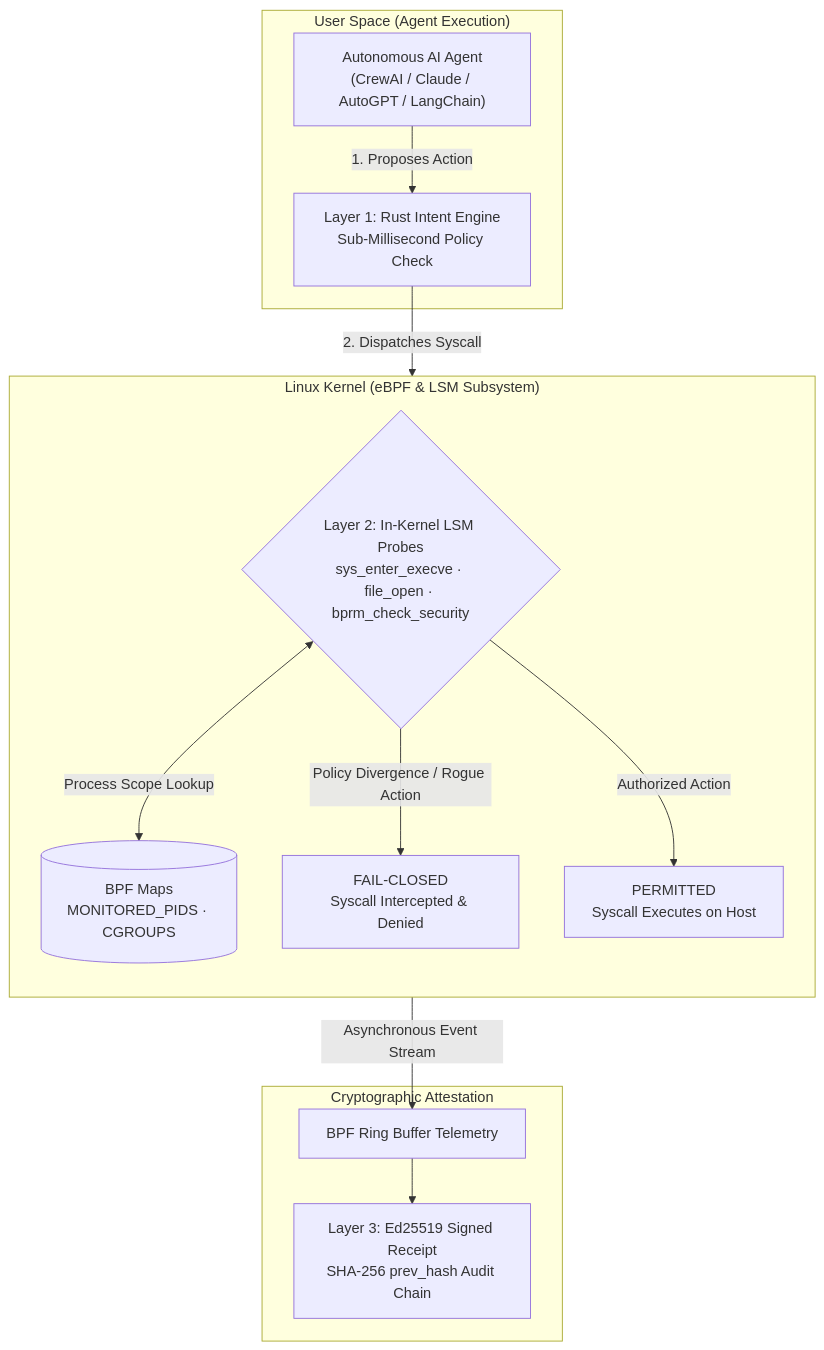
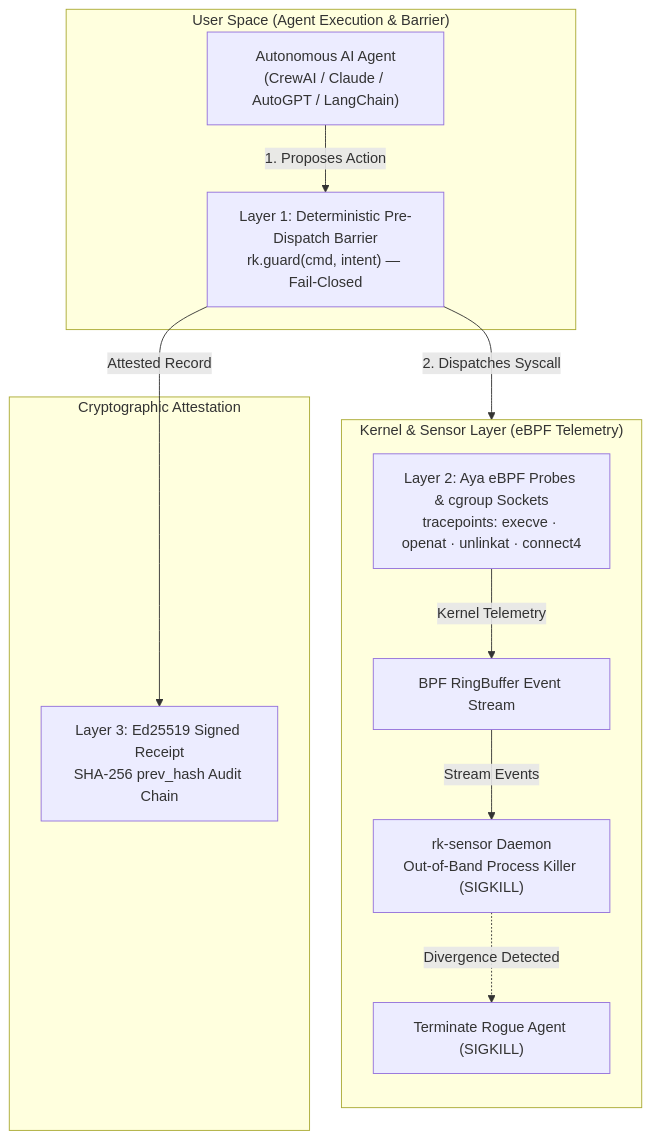
Before and after one commit to Keter-Lab/reality-kernel: the diagram in README.md, drawn with Mermaid. The commit also changed other lines of this file and 11 other files, not shown here.

First line of the commit message:
fix(security): remediate fast-path bypasses, auth override, and fail-closed barriers

````diff
--- a/README.md
+++ b/README.md
@@ -64,31 +67,25 @@
 ```mermaid
 flowchart TD
-    subgraph Userspace ["User Space (Agent Execution)"]
+    subgraph Userspace ["User Space (Agent Execution & Barrier)"]
         Agent["Autonomous AI Agent<br/>(CrewAI / Claude / AutoGPT / LangChain)"]
-        IntentEngine["Layer 1: Rust Intent Engine<br/>Sub-Millisecond Policy Check"]
-        Agent -->|"1. Proposes Action"| IntentEngine
+        PreBarrier["Layer 1: Deterministic Pre-Dispatch Barrier<br/>rk.guard(cmd, intent) — Fail-Closed"]
+        Agent -->|"1. Proposes Action"| PreBarrier
     end
 
-    subgraph KernelSpace ["Linux Kernel (eBPF & LSM Subsystem)"]
+    subgraph KernelTelemetry ["Kernel & Sensor Layer (eBPF Telemetry)"]
         direction TB
-        LSMHook{"Layer 2: In-Kernel LSM Probes<br/>sys_enter_execve · file_open · bprm_check_security"}
-        BPFMaps[("BPF Maps<br/>MONITORED_PIDS · CGROUPS")]
+        BPFProbes["Layer 2: Aya eBPF Probes & cgroup Sockets<br/>tracepoints: execve · openat · unlinkat · connect4"]
+        RingBuf["BPF RingBuffer Event Stream"]
+        Sensor["rk-sensor Daemon<br/>Out-of-Band Process Killer (SIGKILL)"]
         
-        IntentEngine -->|"2. Dispatches Syscall"| LSMHook
-        LSMHook <-->|"Process Scope Lookup"| BPFMaps
-        
-        BlockAction["FAIL-CLOSED<br/>Syscall Intercepted & Denied"]
-        AllowAction["PERMITTED<br/>Syscall Executes on Host"]
-        
-        LSMHook -->|"Policy Divergence / Rogue Action"| BlockAction
-        LSMHook -->|"Authorized Action"| AllowAction
+        PreBarrier -->|"2. Dispatches Syscall"| BPFProbes
+        BPFProbes -->|"Kernel Telemetry"| RingBuf
+        RingBuf -->|"Stream Events"| Sensor
+        Sensor -.->|"Divergence Detected"| KillAction["Terminate Rogue Agent (SIGKILL)"]
     end
 
     subgraph AuditLedger ["Cryptographic Attestation"]
-        RingBuf["BPF Ring Buffer Telemetry"]
         EdReceipt["Layer 3: Ed25519 Signed Receipt<br/>SHA-256 prev_hash Audit Chain"]
-        
-        AllowAction -->|"Asynchronous Event Stream"| RingBuf
-        RingBuf --> EdReceipt
+        PreBarrier -->|"Attested Record"| EdReceipt
     end
 ```
````
